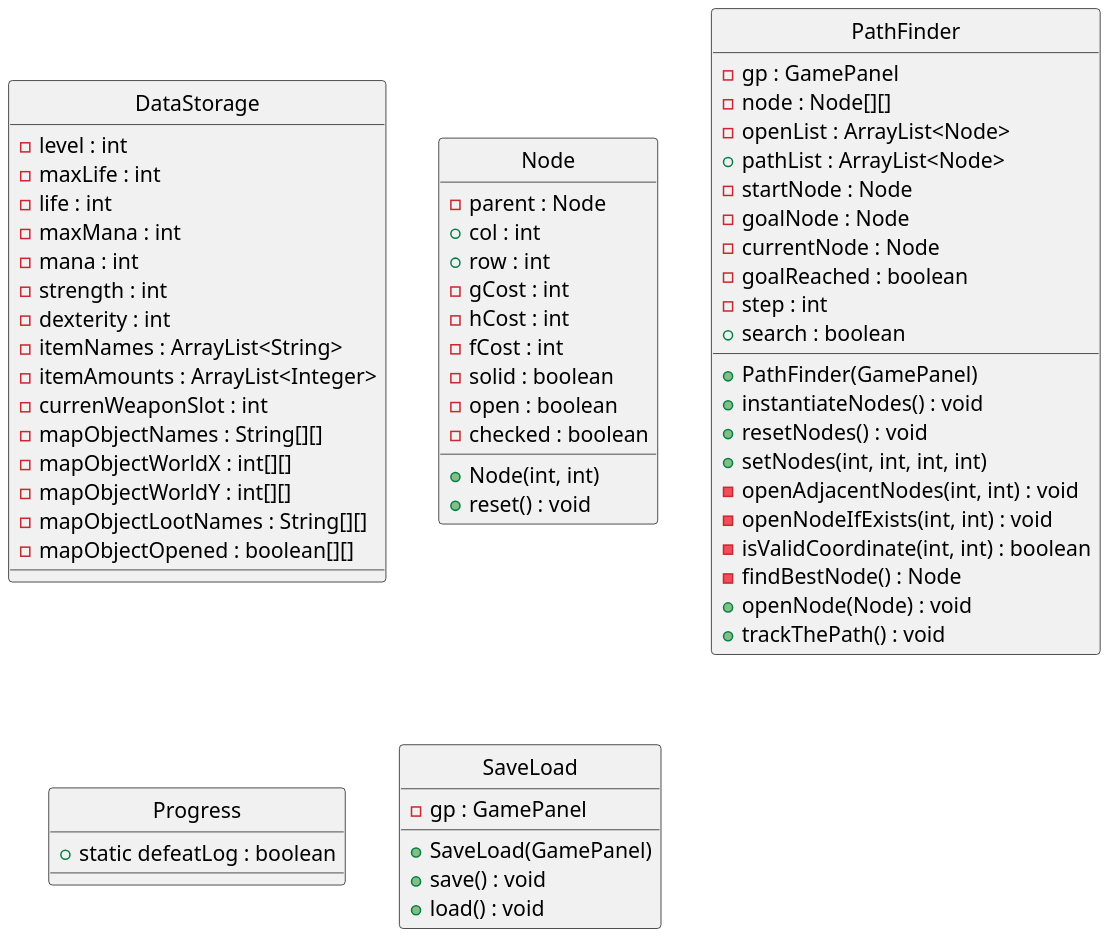
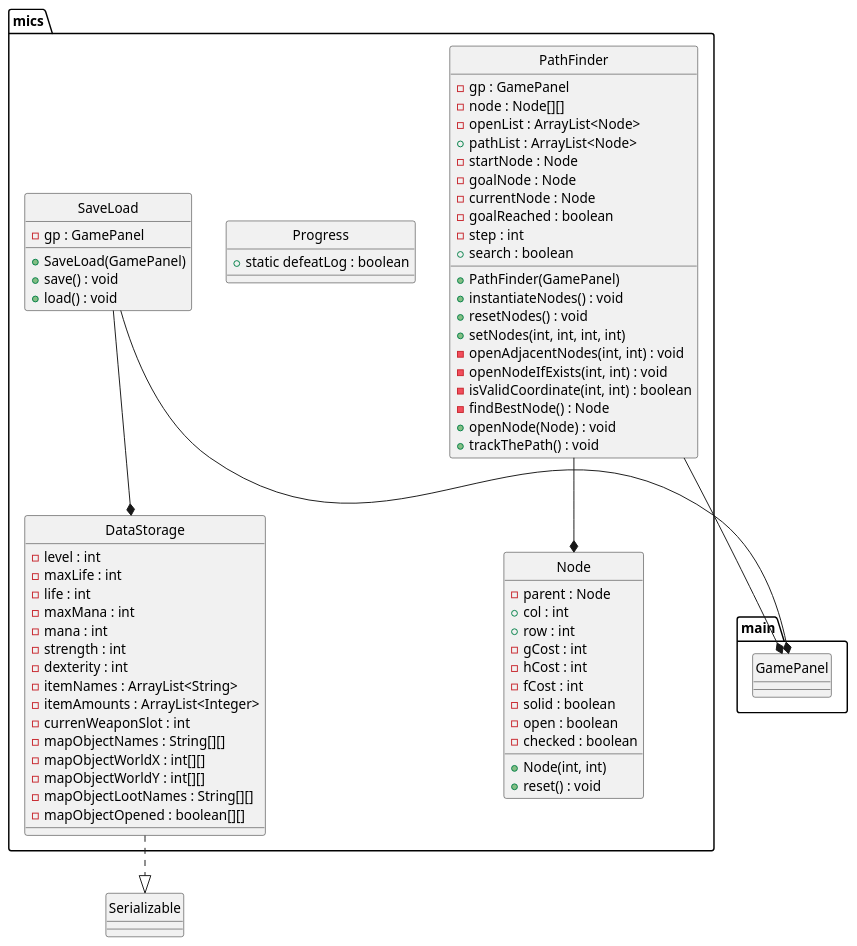
Before and after one commit to notrealqt/HCMIU-Escigma: the diagram in Report/UML/mics/mics.puml, drawn with PlantUML. The commit also changed 7 other files, not shown here.

Commit message:
Finish UML

```diff
--- a/Report/UML/mics/mics.puml
+++ b/Report/UML/mics/mics.puml
@@ -1,70 +1,84 @@
 @startuml "mics"
 hide circle
 scale 1920*1080
 
-class DataStorage {
-    - level : int
-    - maxLife : int
-    - life : int
-    - maxMana : int
-    - mana : int
-    - strength : int
-    - dexterity : int
-    - itemNames : ArrayList<String>
-    - itemAmounts : ArrayList<Integer>
-    - currenWeaponSlot : int
-    - mapObjectNames : String[][]
-    - mapObjectWorldX : int[][]
-    - mapObjectWorldY : int[][]
-    - mapObjectLootNames : String[][]
-    - mapObjectOpened : boolean[][]
-}
-class Node {
-    - parent : Node
-    + col : int
-    + row : int
-    - gCost : int
-    - hCost : int
-    - fCost : int
-    - solid : boolean
-    - open : boolean
-    - checked : boolean
+package mics {
+    class DataStorage {
+        - level : int
+        - maxLife : int
+        - life : int
+        - maxMana : int
+        - mana : int
+        - strength : int
+        - dexterity : int
+        - itemNames : ArrayList<String>
+        - itemAmounts : ArrayList<Integer>
+        - currenWeaponSlot : int
+        - mapObjectNames : String[][]
+        - mapObjectWorldX : int[][]
+        - mapObjectWorldY : int[][]
+        - mapObjectLootNames : String[][]
+        - mapObjectOpened : boolean[][]
+    }
+    class Node {
+        - parent : Node
+        + col : int
+        + row : int
+        - gCost : int
+        - hCost : int
+        - fCost : int
+        - solid : boolean
+        - open : boolean
+        - checked : boolean
 
-    + Node(int, int)
-    + reset() : void
-}
-class PathFinder {
-    - gp : GamePanel
-    - node : Node[][]
-    - openList : ArrayList<Node> 
-    + pathList : ArrayList<Node>
-    - startNode : Node
-    - goalNode : Node
-    - currentNode : Node
-    - goalReached : boolean
-    - step : int
-    + search : boolean
-    + PathFinder(GamePanel)
-    + instantiateNodes() : void
-    + resetNodes() : void
-    + setNodes(int, int, int, int)
-    - openAdjacentNodes(int, int) : void
-    - openNodeIfExists(int, int) : void
-    - isValidCoordinate(int, int) : boolean
-    - findBestNode() : Node
-    + openNode(Node) : void
-    + trackThePath() : void
-}
-class Progress {
-    + static defeatLog : boolean
-}
-class SaveLoad {
-    - gp : GamePanel
-    
-    + SaveLoad(GamePanel)
-    + save() : void
-    + load() : void
+        + Node(int, int)
+        + reset() : void
+    }
+    class PathFinder {
+        - gp : GamePanel
+        - node : Node[][]
+        - openList : ArrayList<Node> 
+        + pathList : ArrayList<Node>
+        - startNode : Node
+        - goalNode : Node
+        - currentNode : Node
+        - goalReached : boolean
+        - step : int
+        + search : boolean
+        + PathFinder(GamePanel)
+        + instantiateNodes() : void
+        + resetNodes() : void
+        + setNodes(int, int, int, int)
+        - openAdjacentNodes(int, int) : void
+        - openNodeIfExists(int, int) : void
+        - isValidCoordinate(int, int) : boolean
+        - findBestNode() : Node
+        + openNode(Node) : void
+        + trackThePath() : void
+    }
+    class Progress {
+        + static defeatLog : boolean
+    }
+    class SaveLoad {
+        - gp : GamePanel
+        
+        + SaveLoad(GamePanel)
+        + save() : void
+        + load() : void
+    }
 }
 
 
+package main {
+    class GamePanel
+}
+
+DataStorage ..|> Serializable
+
+PathFinder --* GamePanel
+PathFinder --* Node
+
+SaveLoad --* GamePanel
+SaveLoad --* DataStorage
+
 @enduml
```
